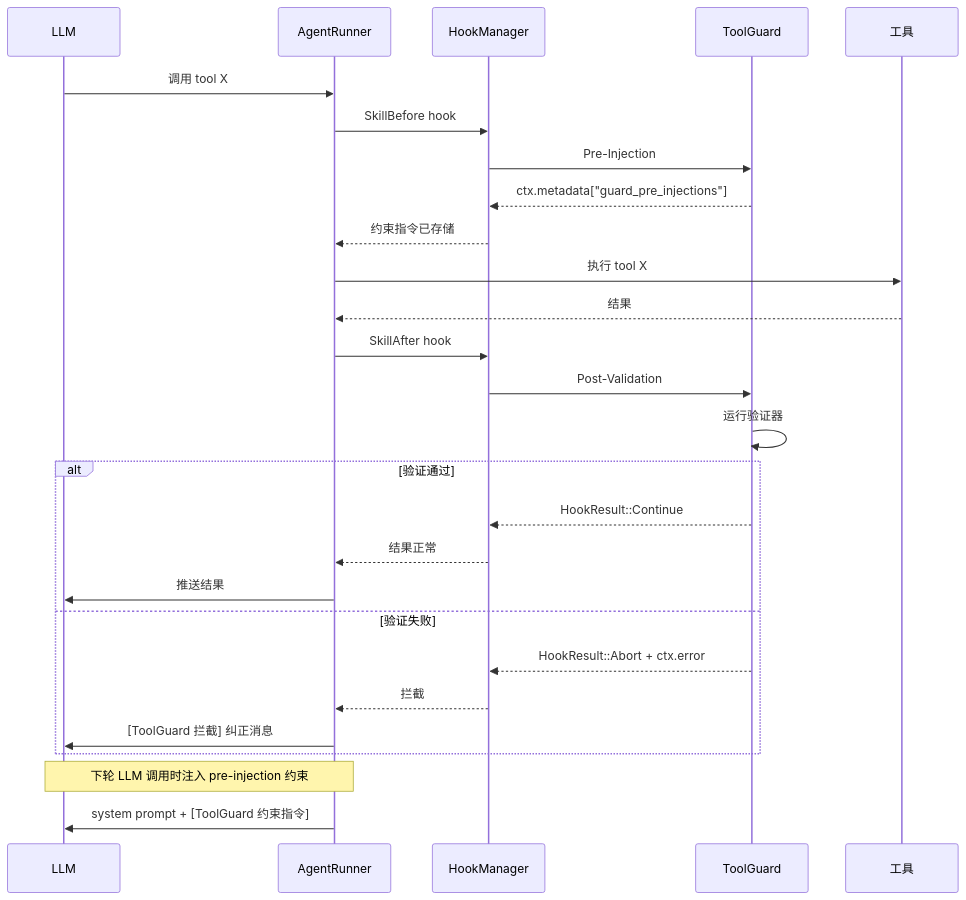
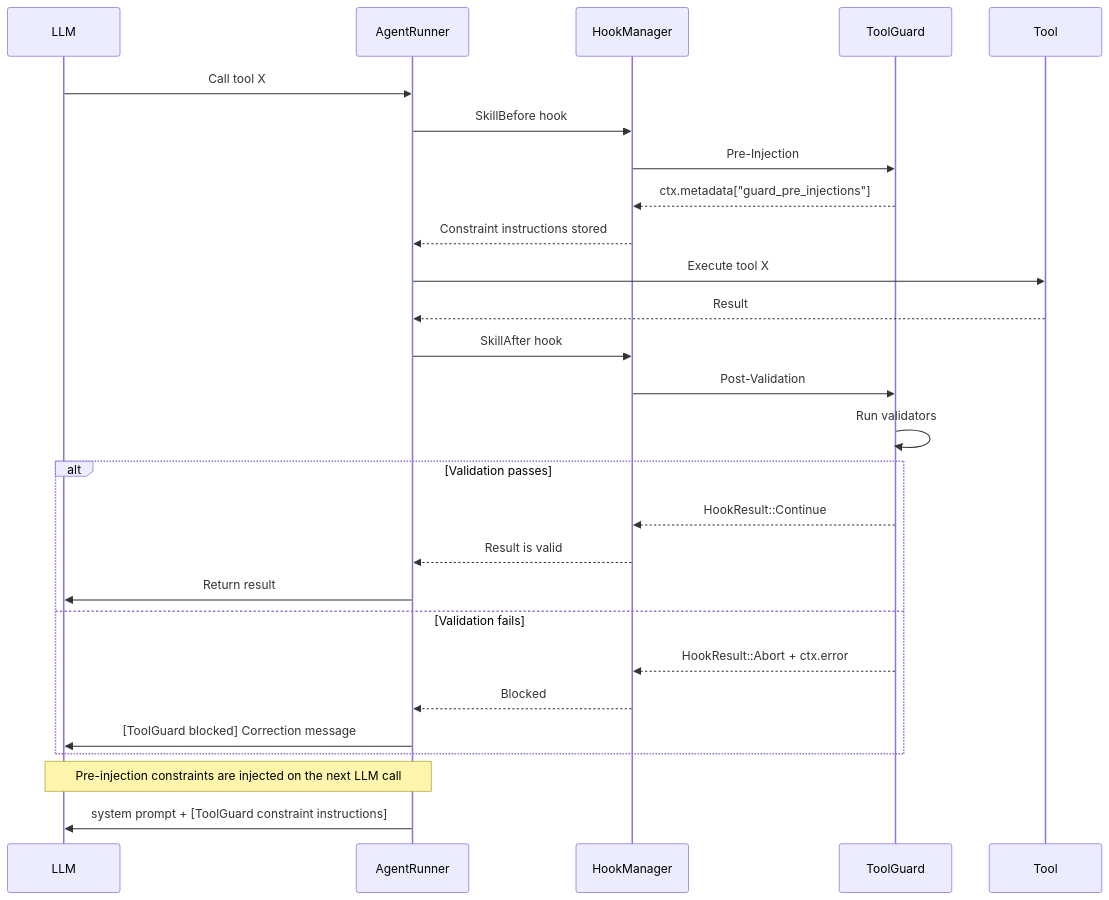
One commit to skaiy/wild_agentos changed the third of 4 diagrams in docs/05-tool-system.md. Above: the diagram before and after it, drawn with Mermaid. The commit also changed other lines of this file and 23 other files, not shown here.

````diff
--- a/docs/05-tool-system.md
+++ b/docs/05-tool-system.md
@@ -299,32 +293,32 @@
 ```mermaid
 sequenceDiagram
     participant LLM as LLM
     participant AR as AgentRunner
     participant HM as HookManager
     participant TG as ToolGuard
-    participant TOOL as 工具
+    participant TOOL as Tool
 
-    LLM->>AR: 调用 tool X
+    LLM->>AR: Call tool X
     AR->>HM: SkillBefore hook
     HM->>TG: Pre-Injection
     TG-->>HM: ctx.metadata["guard_pre_injections"]
-    HM-->>AR: 约束指令已存储
-    AR->>TOOL: 执行 tool X
-    TOOL-->>AR: 结果
+    HM-->>AR: Constraint instructions stored
+    AR->>TOOL: Execute tool X
+    TOOL-->>AR: Result
     AR->>HM: SkillAfter hook
     HM->>TG: Post-Validation
-    TG->>TG: 运行验证器
+    TG->>TG: Run validators
     
-    alt 验证通过
+    alt Validation passes
         TG-->>HM: HookResult::Continue
-        HM-->>AR: 结果正常
-        AR->>LLM: 推送结果
-    else 验证失败
+        HM-->>AR: Result is valid
+        AR->>LLM: Return result
+    else Validation fails
         TG-->>HM: HookResult::Abort + ctx.error
-        HM-->>AR: 拦截
-        AR->>LLM: [ToolGuard 拦截] 纠正消息
+        HM-->>AR: Blocked
+        AR->>LLM: [ToolGuard blocked] Correction message
     end
 
-    Note over AR,LLM: 下轮 LLM 调用时注入 pre-injection 约束
-    AR->>LLM: system prompt + [ToolGuard 约束指令]
+    Note over AR,LLM: Pre-injection constraints are injected on the next LLM call
+    AR->>LLM: system prompt + [ToolGuard constraint instructions]
 ```
````
